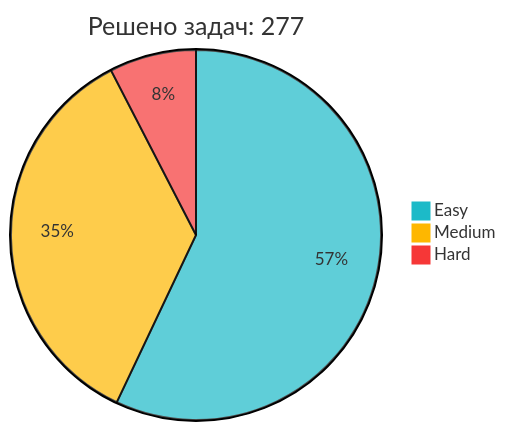
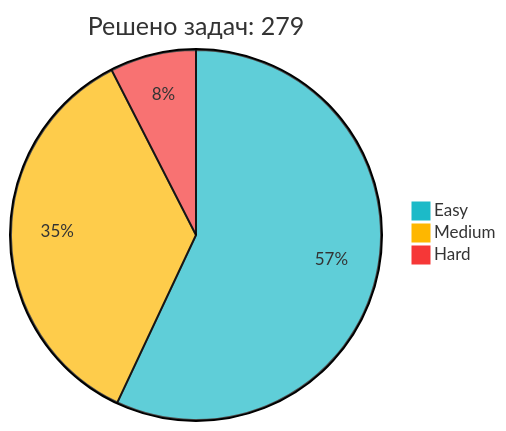
The diagram in README.md (IliaKurdukov/IliaKurdukov), drawn with Mermaid before and after one commit. The commit also changed other lines of this file, not shown here.

Commit message:
📈 Обновление статистики LeetCode

````diff
--- a/README.md
+++ b/README.md
@@ -51,7 +51,7 @@
 ```mermaid
 %%{init: {'theme': 'base', 'themeVariables': { 'pie1': '#1CBAC8', 'pie2': '#FEB700', 'pie3': '#F63737' }, 'config': {'width': 300, 'height': 200}}}%%
-pie title Решено задач: 277
-   "Easy" : 158
-   "Medium" : 98
+pie title Решено задач: 279
+   "Easy" : 159
+   "Medium" : 99
    "Hard" : 21
 ```
````
